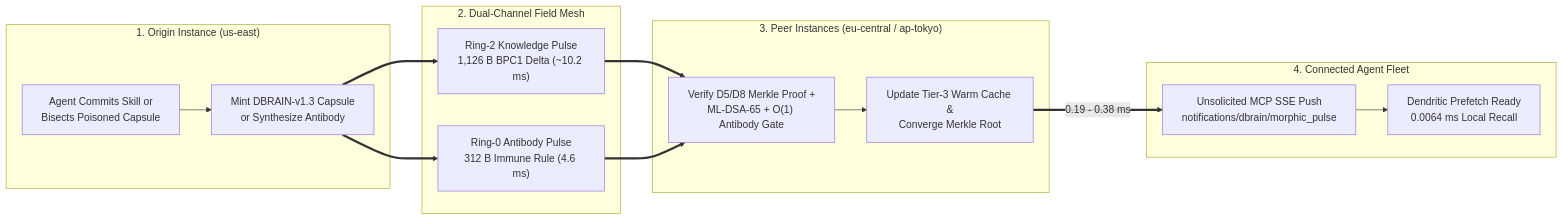
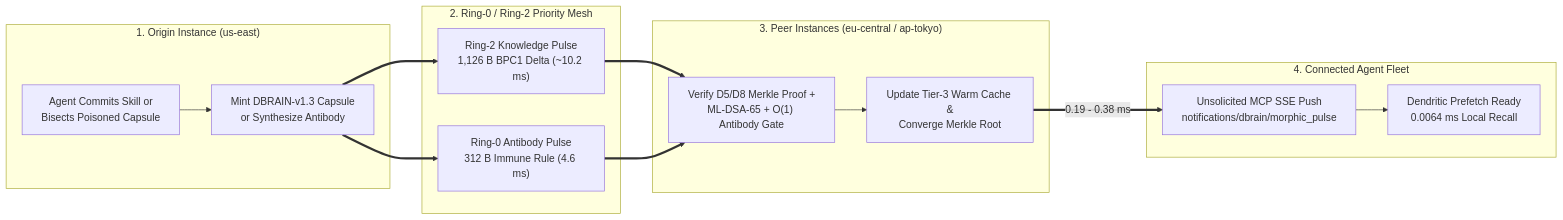
One commit to dcarrith/dbrain changed the third of 4 diagrams in WHITEPAPER.md. Above: the diagram before and after it, drawn with Mermaid. The commit also changed other lines of this file, not shown here.

Commit message:
docs(whitepaper): clarify Ring-0 / Ring-2 priority mesh in multi-instance section

````diff
--- a/WHITEPAPER.md
+++ b/WHITEPAPER.md
@@ -163,26 +163,26 @@
 ```mermaid
 flowchart LR
   subgraph Origin["1. Origin Instance (us-east)"]
     A1["Agent Commits Skill or<br/>Bisects Poisoned Capsule"] --> M1["Mint DBRAIN-v1.3 Capsule<br/>or Synthesize Antibody"]
   end
 
-  subgraph Mesh["2. Dual-Channel Field Mesh"]
+  subgraph Mesh["2. Ring-0 / Ring-2 Priority Mesh"]
     P1["Ring-2 Knowledge Pulse<br/>1,126 B BPC1 Delta (~10.2 ms)"]
     P0["Ring-0 Antibody Pulse<br/>312 B Immune Rule (4.6 ms)"]
   end
 
   subgraph Peers["3. Peer Instances (eu-central / ap-tokyo)"]
     V1["Verify D5/D8 Merkle Proof +<br/>ML-DSA-65 + O(1) Antibody Gate"]
     C1["Update Tier-3 Warm Cache &<br/>Converge Merkle Root"]
     V1 --> C1
   end
 
   subgraph Downlink["4. Connected Agent Fleet"]
     S1["Unsolicited MCP SSE Push<br/>notifications/dbrain/morphic_pulse"]
     D1["Dendritic Prefetch Ready<br/>0.0064 ms Local Recall"]
     S1 --> D1
   end
 
   M1 ==> P1 & P0 ==> V1
   C1 ==>|"0.19 - 0.38 ms"| S1
 ```
````
